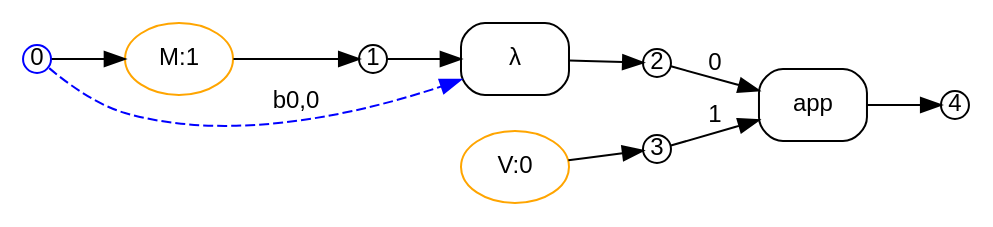
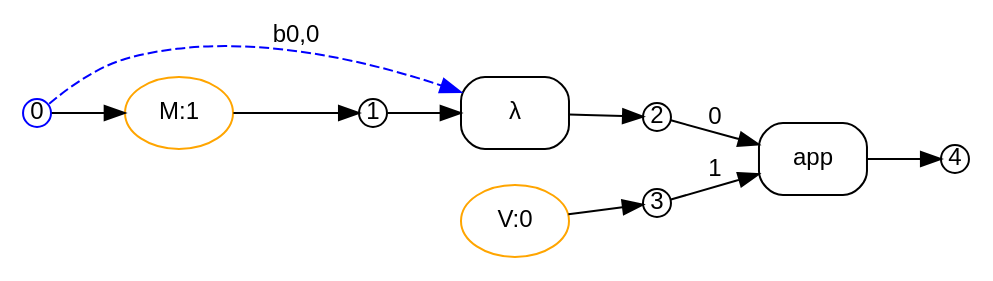
Before and after one commit to ammatsui/bhypvis: the diagram in crates/bhyp/images/test_example_beta_rule_instance_v_to_lambda_x_tx/rule_L_before_instantiation.dot, drawn with Graphviz. The commit also changed other lines of this file and 418 other files, not shown here.

```diff
--- a/crates/bhyp/images/test_example_beta_rule_instance_v_to_lambda_x_tx/rule_L_before_instantiation.dot
+++ b/crates/bhyp/images/test_example_beta_rule_instance_v_to_lambda_x_tx/rule_L_before_instantiation.dot
@@ -1,33 +1,33 @@
 digraph rule_L_before_instantiation {
   fontname="Helvetica"
   fontsize=12
   rankdir=LR;
   node [fontname="Helvetica", fontsize=12];
   edge [fontname="Helvetica", fontsize=12];
 
   // Nodes
+  n0 [label="0", shape=circle, style=filled, fillcolor=white, color="blue", width=0.2, height=0.2, fixedsize=true];
+  n2 [label="2", shape=circle, style=filled, fillcolor=white, color="black", width=0.2, height=0.2, fixedsize=true];
+  n1 [label="1", shape=circle, style=filled, fillcolor=white, color="black", width=0.2, height=0.2, fixedsize=true];
+  n3 [label="3", shape=circle, style=filled, fillcolor=white, color="black", width=0.2, height=0.2, fixedsize=true];
   n4 [label="4", shape=circle, style=filled, fillcolor=white, color="black", width=0.2, height=0.2, fixedsize=true];
-  n1 [label="1", shape=circle, style=filled, fillcolor=white, color="black", width=0.2, height=0.2, fixedsize=true];
-  n2 [label="2", shape=circle, style=filled, fillcolor=white, color="black", width=0.2, height=0.2, fixedsize=true];
-  n0 [label="0", shape=circle, style=filled, fillcolor=white, color="blue", width=0.2, height=0.2, fixedsize=true];
-  n3 [label="3", shape=circle, style=filled, fillcolor=white, color="black", width=0.2, height=0.2, fixedsize=true];
 
   // Hyperedges
+  e1 [label="λ", shape=box, style=rounded, color="black"];
+  e0 [label="M:1", shape=ellipse, style=rounded, color="orange"];
   e2 [label="V:0", shape=ellipse, style=rounded, color="orange"];
-  e0 [label="M:1", shape=ellipse, style=rounded, color="orange"];
   e3 [label="app", shape=box, style=rounded, color="black"];
-  e1 [label="λ", shape=box, style=rounded, color="black"];
 
   // Source connections
+  n1 -> e1 [label=""];
+  n0 -> e1 [style=dashed, color="blue", constraint=false, label="b0,0"];
   n0 -> e0 [label=""];
   n2 -> e3 [label="0"];
   n3 -> e3 [label="1"];
-  n1 -> e1 [label=""];
-  n0 -> e1 [style=dashed, color="blue", constraint=false, label="b0,0"];
 
   // Target connections
+  e1 -> n2 [label=""];
+  e0 -> n1 [label=""];
   e2 -> n3 [label=""];
-  e0 -> n1 [label=""];
   e3 -> n4 [label=""];
-  e1 -> n2 [label=""];
 }
```
